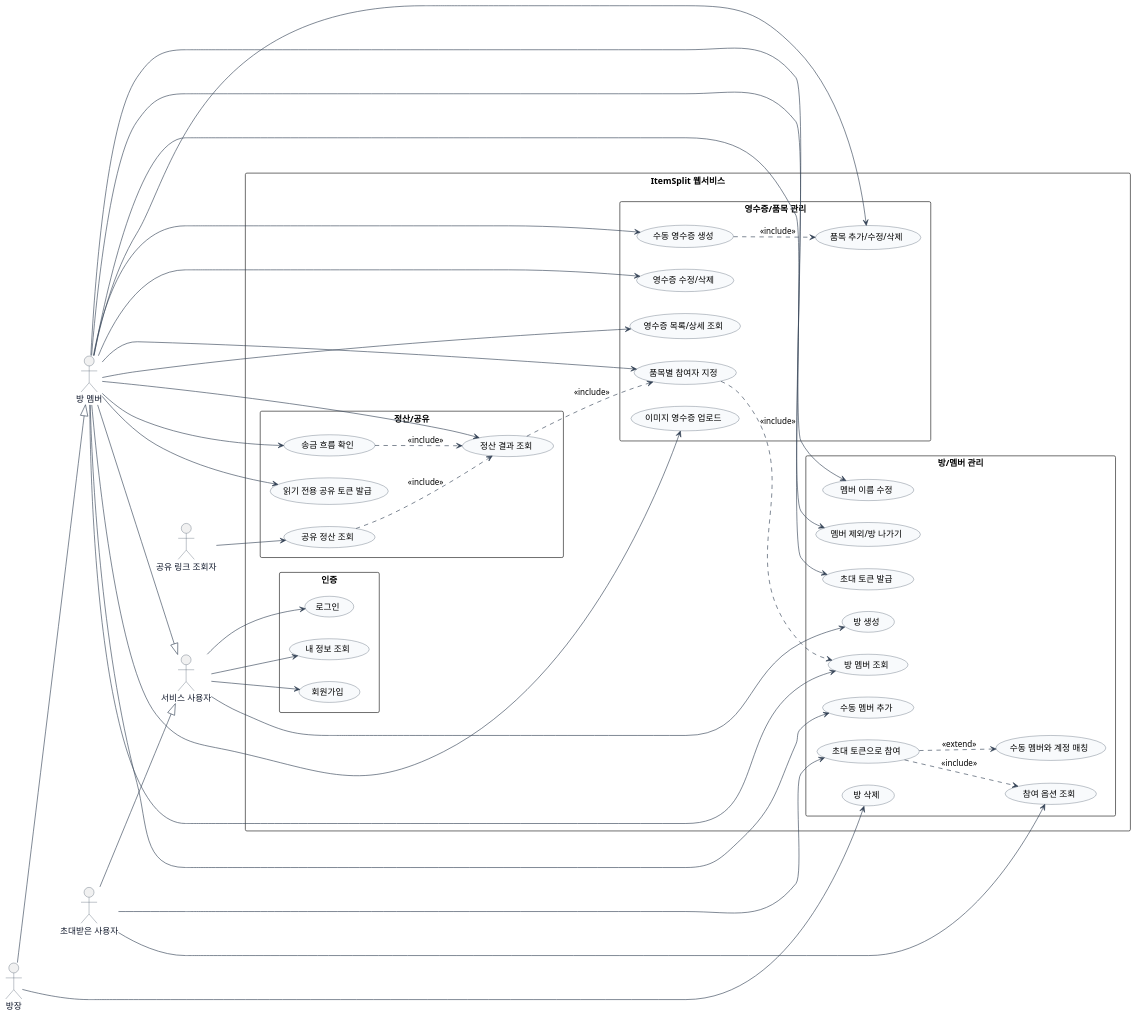
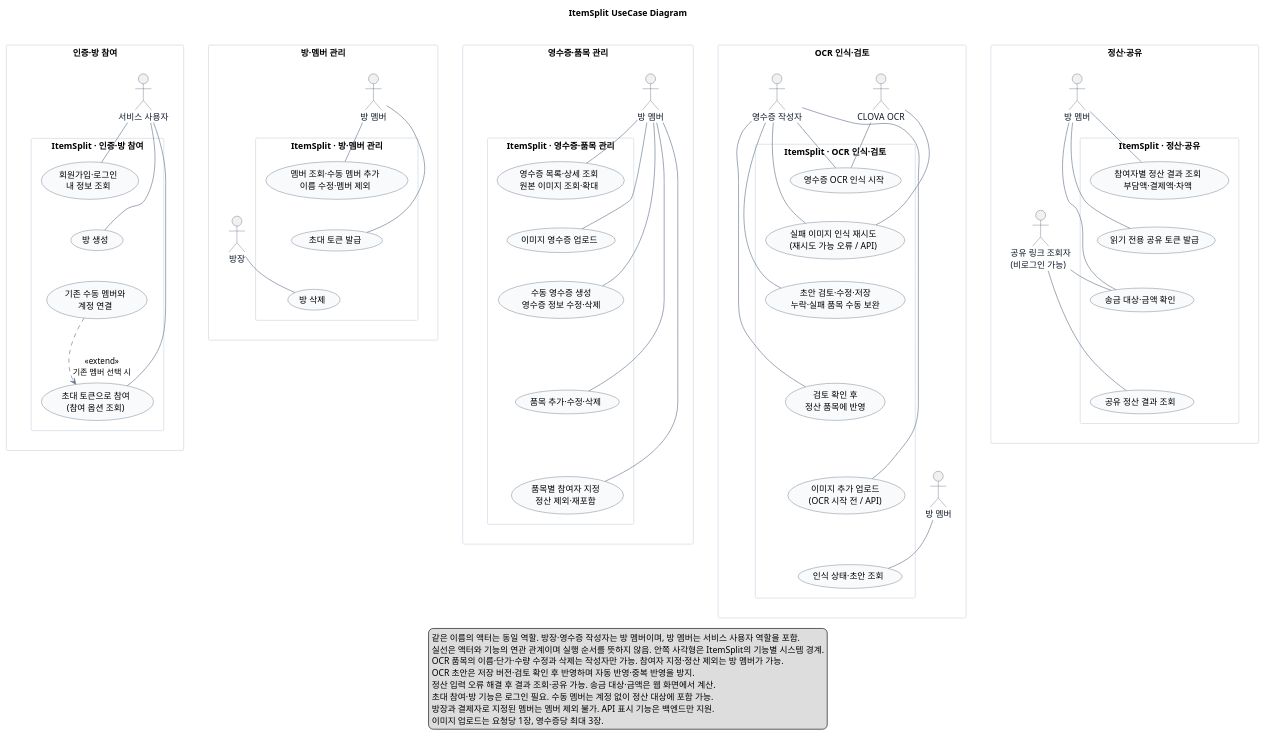
The diagram in docs/use-case-diagram.puml (Konkuk-Univ-Capstone-Project/ItemSplit), drawn with PlantUML before and after one commit. The commit also changed 9 other files, not shown here.

Commit message:
문서: OCR 정책과 검토 흐름 및 발표 다이어그램 최신화

```diff
--- a/docs/use-case-diagram.puml
+++ b/docs/use-case-diagram.puml
@@ -1,98 +1,138 @@
 @startuml ItemSplitUseCase
-left to right direction
-
+top to bottom direction
+title ItemSplit UseCase Diagram
+skinparam shadowing false
 skinparam packageStyle rectangle
-skinparam shadowing false
+skinparam nodesep 20
+skinparam ranksep 15
+skinparam ArrowColor #64748B
 skinparam usecase {
   BackgroundColor #F8FAFC
   BorderColor #334155
-  ArrowColor #334155
 }
 skinparam actor {
   BorderColor #334155
   FontColor #0F172A
 }
-
-actor "서비스 사용자" as User
-actor "방 멤버" as Member
-actor "방장" as Owner
-actor "초대받은 사용자" as Invitee
-actor "공유 링크 조회자" as SharedViewer
-
-Member --|> User
-Owner --|> Member
-Invitee --|> User
-
-rectangle "ItemSplit 웹서비스" {
-  package "인증" {
-    usecase "회원가입" as UC_Signup
-    usecase "로그인" as UC_Login
-    usecase "내 정보 조회" as UC_Me
-  }
-
-  package "방/멤버 관리" {
-    usecase "방 생성" as UC_CreateRoom
-    usecase "방 삭제" as UC_DeleteRoom
-    usecase "방 멤버 조회" as UC_ViewMembers
-    usecase "수동 멤버 추가" as UC_AddManualMember
-    usecase "멤버 이름 수정" as UC_UpdateMember
-    usecase "멤버 제외/방 나가기" as UC_DeleteMember
-    usecase "초대 토큰 발급" as UC_IssueInvite
-    usecase "참여 옵션 조회" as UC_JoinOptions
-    usecase "초대 토큰으로 참여" as UC_JoinRoom
-    usecase "수동 멤버와 계정 매칭" as UC_ClaimManualMember
-  }
-
-  package "영수증/품목 관리" {
-    usecase "영수증 목록/상세 조회" as UC_ViewReceipts
-    usecase "이미지 영수증 업로드" as UC_UploadReceipt
-    usecase "수동 영수증 생성" as UC_CreateManualReceipt
-    usecase "영수증 수정/삭제" as UC_EditReceipt
-    usecase "품목 추가/수정/삭제" as UC_ManageItems
-    usecase "품목별 참여자 지정" as UC_AssignItemMembers
-  }
-
-  package "정산/공유" {
-    usecase "정산 결과 조회" as UC_ViewSettlement
-    usecase "송금 흐름 확인" as UC_ViewTransfers
-    usecase "읽기 전용 공유 토큰 발급" as UC_IssueShare
-    usecase "공유 정산 조회" as UC_ViewSharedSettlement
-  }
+' 바깥 프레임은 발표용 그룹이며, ItemSplit으로 표시한 안쪽 사각형이 시스템 경계다.
+skinparam rectangle {
+  BorderColor #CBD5E1
+  BackgroundColor white
 }
 
-User --> UC_Signup
-User --> UC_Login
-User --> UC_Me
-User --> UC_CreateRoom
+package "인증·방 참여" as AuthPanel {
+  actor "서비스 사용자" as User
+  rectangle "ItemSplit · 인증·방 참여" as AuthSystem {
+    usecase "회원가입·로그인\n내 정보 조회" as UC_Auth
+    usecase "방 생성" as UC_CreateRoom
+    usecase "초대 토큰으로 참여\n(참여 옵션 조회)" as UC_JoinRoom
+    usecase "기존 수동 멤버와\n계정 연결" as UC_ClaimManualMember
+  }
+  User -- UC_Auth
+  User -- UC_CreateRoom
+  User -- UC_JoinRoom
+  UC_ClaimManualMember ..> UC_JoinRoom : <<extend>>\n기존 멤버 선택 시
+}
 
-Member --> UC_ViewMembers
-Member --> UC_AddManualMember
-Member --> UC_UpdateMember
-Member --> UC_DeleteMember
-Member --> UC_IssueInvite
-Member --> UC_ViewReceipts
-Member --> UC_UploadReceipt
-Member --> UC_CreateManualReceipt
-Member --> UC_EditReceipt
-Member --> UC_ManageItems
-Member --> UC_AssignItemMembers
-Member --> UC_ViewSettlement
-Member --> UC_ViewTransfers
-Member --> UC_IssueShare
+package "방·멤버 관리" as RoomPanel {
+  actor "방 멤버" as RoomMember
+  actor "방장" as Owner
+  rectangle "ItemSplit · 방·멤버 관리" as RoomSystem {
+    usecase "멤버 조회·수동 멤버 추가\n이름 수정·멤버 제외" as UC_ManageMembers
+    usecase "초대 토큰 발급" as UC_IssueInvite
+    usecase "방 삭제" as UC_DeleteRoom
+  }
+  RoomMember -- UC_ManageMembers
+  RoomMember -- UC_IssueInvite
+  Owner -- UC_DeleteRoom
+}
 
-Owner --> UC_DeleteRoom
+package "영수증·품목 관리" as ReceiptPanel {
+  actor "방 멤버" as ReceiptMember
+  rectangle "ItemSplit · 영수증·품목 관리" as ReceiptSystem {
+    usecase "영수증 목록·상세 조회\n원본 이미지 조회·확대" as UC_ViewReceipts
+    usecase "이미지 영수증 업로드" as UC_UploadReceipt
+    usecase "수동 영수증 생성\n영수증 정보 수정·삭제" as UC_ManageReceipt
+    usecase "품목 추가·수정·삭제" as UC_ManageItems
+    usecase "품목별 참여자 지정\n정산 제외·재포함" as UC_AssignItemMembers
+  }
+  ReceiptMember -- UC_ViewReceipts
+  ReceiptMember -- UC_UploadReceipt
+  ReceiptMember -- UC_ManageReceipt
+  ReceiptMember -- UC_ManageItems
+  ReceiptMember -- UC_AssignItemMembers
+}
 
-Invitee --> UC_JoinOptions
-Invitee --> UC_JoinRoom
+package "OCR 인식·검토" as OcrPanel {
+  actor "영수증 작성자" as Author
+  actor "방 멤버" as OcrMember
+  actor "CLOVA OCR" as Clova
+  rectangle "ItemSplit · OCR 인식·검토" as OcrSystem {
+    usecase "영수증 OCR 인식 시작" as UC_StartOcr
+    usecase "인식 상태·초안 조회" as UC_ViewOcr
+    usecase "초안 검토·수정·저장\n누락·실패 품목 수동 보완" as UC_EditDraft
+    usecase "검토 확인 후\n정산 품목에 반영" as UC_ApplyDraft
+    usecase "이미지 추가 업로드\n(OCR 시작 전 / API)" as UC_AddImage
+    usecase "실패 이미지 인식 재시도\n(재시도 가능 오류 / API)" as UC_RetryOcr
+  }
+  Author -- UC_StartOcr
+  Author -- UC_EditDraft
+  Author -- UC_ApplyDraft
+  Author -- UC_AddImage
+  Author -- UC_RetryOcr
+  OcrMember -- UC_ViewOcr
+  Clova -- UC_StartOcr
+  Clova -- UC_RetryOcr
+}
 
-SharedViewer --> UC_ViewSharedSettlement
+package "정산·공유" as SettlementPanel {
+  actor "방 멤버" as SettlementMember
+  actor "공유 링크 조회자\n(비로그인 가능)" as SharedViewer
+  rectangle "ItemSplit · 정산·공유" as SettlementSystem {
+    usecase "참여자별 정산 결과 조회\n부담액·결제액·차액" as UC_ViewSettlement
+    usecase "송금 대상·금액 확인" as UC_ViewTransfers
+    usecase "읽기 전용 공유 토큰 발급" as UC_IssueShare
+    usecase "공유 정산 결과 조회" as UC_ViewSharedSettlement
+  }
+  SettlementMember -- UC_ViewSettlement
+  SettlementMember -- UC_ViewTransfers
+  SettlementMember -- UC_IssueShare
+  SharedViewer -- UC_ViewSharedSettlement
+  SharedViewer -- UC_ViewTransfers
+}
 
-UC_JoinRoom ..> UC_JoinOptions : <<include>>
-UC_JoinRoom ..> UC_ClaimManualMember : <<extend>>
-UC_CreateManualReceipt ..> UC_ManageItems : <<include>>
-UC_AssignItemMembers ..> UC_ViewMembers : <<include>>
-UC_ViewSettlement ..> UC_AssignItemMembers : <<include>>
-UC_ViewTransfers ..> UC_ViewSettlement : <<include>>
-UC_ViewSharedSettlement ..> UC_ViewSettlement : <<include>>
+' 기능 영역을 가로로 배치한다. 같은 이름의 액터는 동일 역할을 반복 표시한 것이다.
+AuthPanel -[hidden]right-> RoomPanel
+RoomPanel -[hidden]right-> ReceiptPanel
+ReceiptPanel -[hidden]right-> OcrPanel
+OcrPanel -[hidden]right-> SettlementPanel
 
+UC_Auth -[hidden]down-> UC_CreateRoom
+UC_CreateRoom -[hidden]down-> UC_ClaimManualMember
+UC_ClaimManualMember -[hidden]down-> UC_JoinRoom
+UC_ManageMembers -[hidden]down-> UC_IssueInvite
+UC_IssueInvite -[hidden]down-> UC_DeleteRoom
+UC_ViewReceipts -[hidden]down-> UC_UploadReceipt
+UC_UploadReceipt -[hidden]down-> UC_ManageReceipt
+UC_ManageReceipt -[hidden]down-> UC_ManageItems
+UC_ManageItems -[hidden]down-> UC_AssignItemMembers
+UC_StartOcr -[hidden]down-> UC_RetryOcr
+UC_RetryOcr -[hidden]down-> UC_EditDraft
+UC_EditDraft -[hidden]down-> UC_ApplyDraft
+UC_ApplyDraft -[hidden]down-> UC_AddImage
+UC_AddImage -[hidden]down-> UC_ViewOcr
+UC_ViewSettlement -[hidden]down-> UC_IssueShare
+UC_IssueShare -[hidden]down-> UC_ViewTransfers
+UC_ViewTransfers -[hidden]down-> UC_ViewSharedSettlement
+
+legend bottom
+  같은 이름의 액터는 동일 역할. 방장·영수증 작성자는 방 멤버이며, 방 멤버는 서비스 사용자 역할을 포함.
+  실선은 액터와 기능의 연관 관계이며 실행 순서를 뜻하지 않음. 안쪽 사각형은 ItemSplit의 기능별 시스템 경계.
+  OCR 품목의 이름·단가·수량 수정과 삭제는 작성자만 가능. 참여자 지정·정산 제외는 방 멤버가 가능.
+  OCR 초안은 저장 버전·검토 확인 후 반영하며 자동 반영·중복 반영을 방지.
+  정산 입력 오류 해결 후 결과 조회·공유 가능. 송금 대상·금액은 웹 화면에서 계산.
+  초대 참여·방 기능은 로그인 필요. 수동 멤버는 계정 없이 정산 대상에 포함 가능.
+  방장과 결제자로 지정된 멤버는 멤버 제외 불가. API 표시 기능은 백엔드만 지원.
+  이미지 업로드는 요청당 1장, 영수증당 최대 3장.
+endlegend
 @enduml
```
